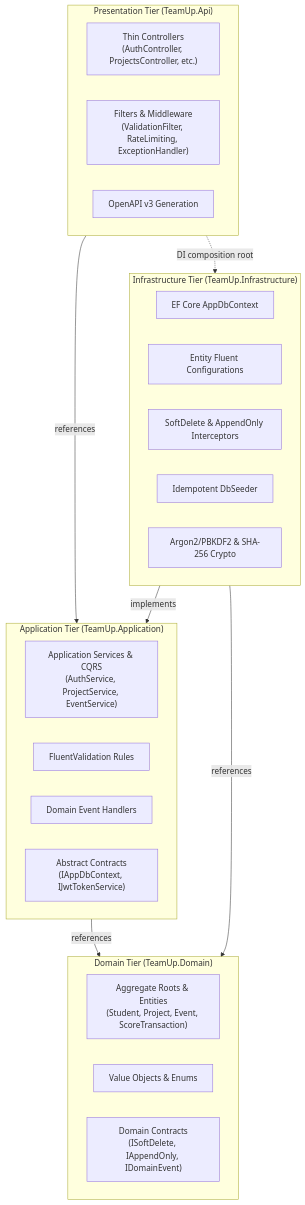
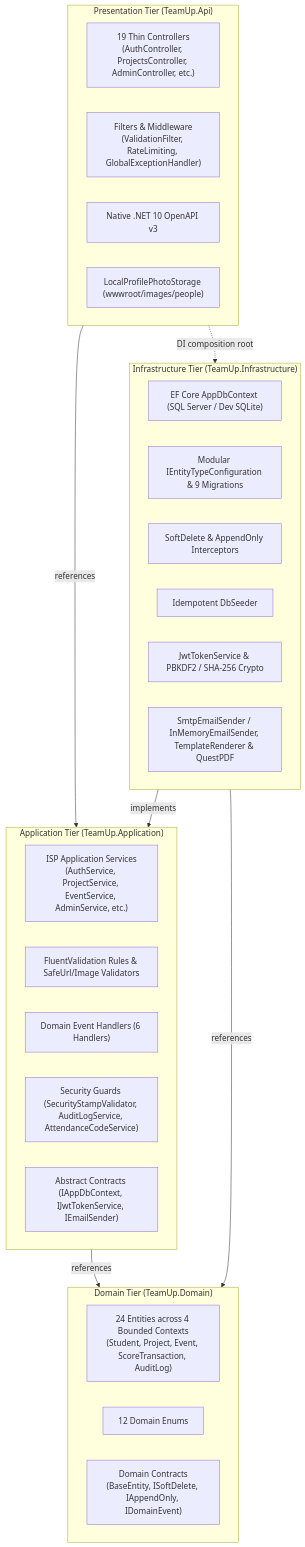
One commit to AhmedTyson/TeamUp changed the first of 2 diagrams in wiki/Architecture.md. Above: the diagram before and after it, drawn with Mermaid. The commit also changed other lines of this file and 34 other files, not shown here.

Commit message:
docs: refine README, wiki, ERD/mapping specs, API guides, and add LICENSE

````diff
--- a/wiki/Architecture.md
+++ b/wiki/Architecture.md
@@ -38,35 +39,38 @@
 ```mermaid
 graph TD
     subgraph PresentationTier["Presentation Tier (TeamUp.Api)"]
-        CTRL["Thin Controllers<br/>(AuthController, ProjectsController, etc.)"]
-        FLT["Filters & Middleware<br/>(ValidationFilter, RateLimiting, ExceptionHandler)"]
-        SWAG["OpenAPI v3 Generation"]
+        CTRL["19 Thin Controllers<br/>(AuthController, ProjectsController, AdminController, etc.)"]
+        FLT["Filters & Middleware<br/>(ValidationFilter, RateLimiting, GlobalExceptionHandler)"]
+        OPENAPI["Native .NET 10 OpenAPI v3"]
+        PHOTO["LocalProfilePhotoStorage (wwwroot/images/people)"]
     end
 
     subgraph ApplicationTier["Application Tier (TeamUp.Application)"]
-        SVC["Application Services & CQRS<br/>(AuthService, ProjectService, EventService)"]
-        VAL["FluentValidation Rules"]
-        EVT["Domain Event Handlers"]
-        INTF["Abstract Contracts<br/>(IAppDbContext, IJwtTokenService)"]
+        SVC["ISP Application Services<br/>(AuthService, ProjectService, EventService, AdminService, etc.)"]
+        VAL["FluentValidation Rules & SafeUrl/Image Validators"]
+        EVT["Domain Event Handlers (6 Handlers)"]
+        SEC["Security Guards (SecurityStampValidator, AuditLogService, AttendanceCodeService)"]
+        INTF["Abstract Contracts (IAppDbContext, IJwtTokenService, IEmailSender)"]
     end
 
     subgraph DomainTier["Domain Tier (TeamUp.Domain)"]
-        ENT["Aggregate Roots & Entities<br/>(Student, Project, Event, ScoreTransaction)"]
-        VAL_OBJ["Value Objects & Enums"]
-        BASE["Domain Contracts<br/>(ISoftDelete, IAppendOnly, IDomainEvent)"]
+        ENT["24 Entities across 4 Bounded Contexts<br/>(Student, Project, Event, ScoreTransaction, AuditLog)"]
+        ENUMS["12 Domain Enums"]
+        BASE["Domain Contracts<br/>(BaseEntity, ISoftDelete, IAppendOnly, IDomainEvent)"]
     end
 
     subgraph InfrastructureTier["Infrastructure Tier (TeamUp.Infrastructure)"]
-        DBC["EF Core AppDbContext"]
-        CFG["Entity Fluent Configurations"]
+        DBC["EF Core AppDbContext (SQL Server / Dev SQLite)"]
+        CFG["Modular IEntityTypeConfiguration<T> & 9 Migrations"]
         INTR["SoftDelete & AppendOnly Interceptors"]
         SEED["Idempotent DbSeeder"]
-        CRYP["Argon2/PBKDF2 & SHA-256 Crypto"]
+        CRYP["JwtTokenService & PBKDF2 / SHA-256 Crypto"]
+        OUT["SmtpEmailSender / InMemoryEmailSender, TemplateRenderer & QuestPDF"]
     end
 
     PresentationTier -->|references| ApplicationTier
     PresentationTier -.->|DI composition root| InfrastructureTier
     ApplicationTier -->|references| DomainTier
     InfrastructureTier -->|implements| ApplicationTier
     InfrastructureTier -->|references| DomainTier
 ```
````
